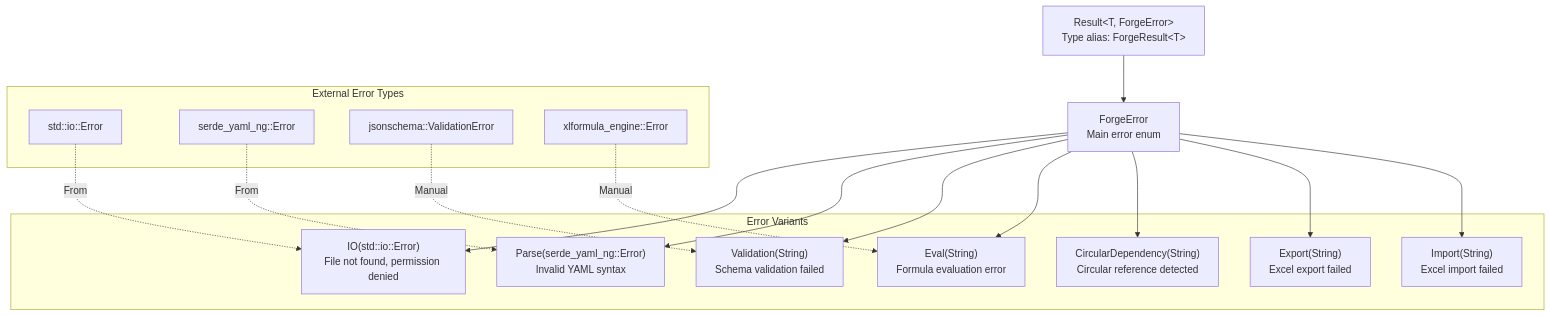
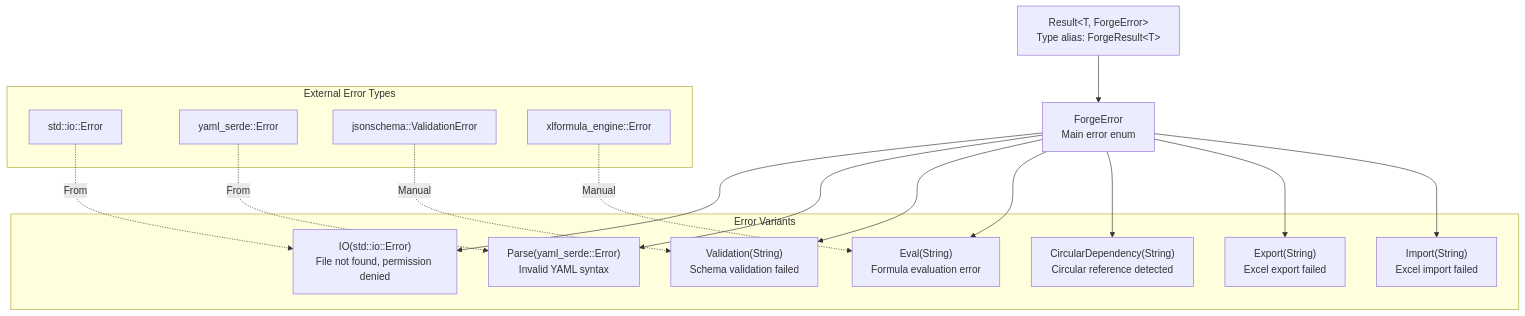
One commit to mollendorff-ai/forge changed the seventh of 7 diagrams in docs/architecture/02-DATA-MODEL.md. Above: the diagram before and after it, drawn with Mermaid. The commit also changed other lines of this file and 29 other files, not shown here.

First line of the commit message:
Replace serde_yaml_ng with yaml_serde to drop unmaintained unsafe-libyaml

````diff
--- a/docs/architecture/02-DATA-MODEL.md
+++ b/docs/architecture/02-DATA-MODEL.md
@@ -1267,37 +1267,37 @@
 ```mermaid
 graph TB
     Result["Result&lt;T, ForgeError&gt;<br/>Type alias: ForgeResult&lt;T&gt;"]
 
     ForgeError["ForgeError<br/>Main error enum"]
 
     subgraph "Error Variants"
         IO["IO(std::io::Error)<br/>File not found, permission denied"]
-        Parse["Parse(serde_yaml_ng::Error)<br/>Invalid YAML syntax"]
+        Parse["Parse(yaml_serde::Error)<br/>Invalid YAML syntax"]
         Validation["Validation(String)<br/>Schema validation failed"]
         Eval["Eval(String)<br/>Formula evaluation error"]
         Circular["CircularDependency(String)<br/>Circular reference detected"]
         Export["Export(String)<br/>Excel export failed"]
         Import["Import(String)<br/>Excel import failed"]
     end
 
     subgraph "External Error Types"
         StdIO["std::io::Error"]
-        SerdeYAML["serde_yaml_ng::Error"]
+        SerdeYAML["yaml_serde::Error"]
         JSONSchema["jsonschema::ValidationError"]
         XLFormula["xlformula_engine::Error"]
     end
 
     Result --> ForgeError
     ForgeError --> IO
     ForgeError --> Parse
     ForgeError --> Validation
     ForgeError --> Eval
     ForgeError --> Circular
     ForgeError --> Export
     ForgeError --> Import
 
     StdIO -.->|From| IO
     SerdeYAML -.->|From| Parse
     JSONSchema -.->|Manual| Validation
     XLFormula -.->|Manual| Eval
 ```
````
